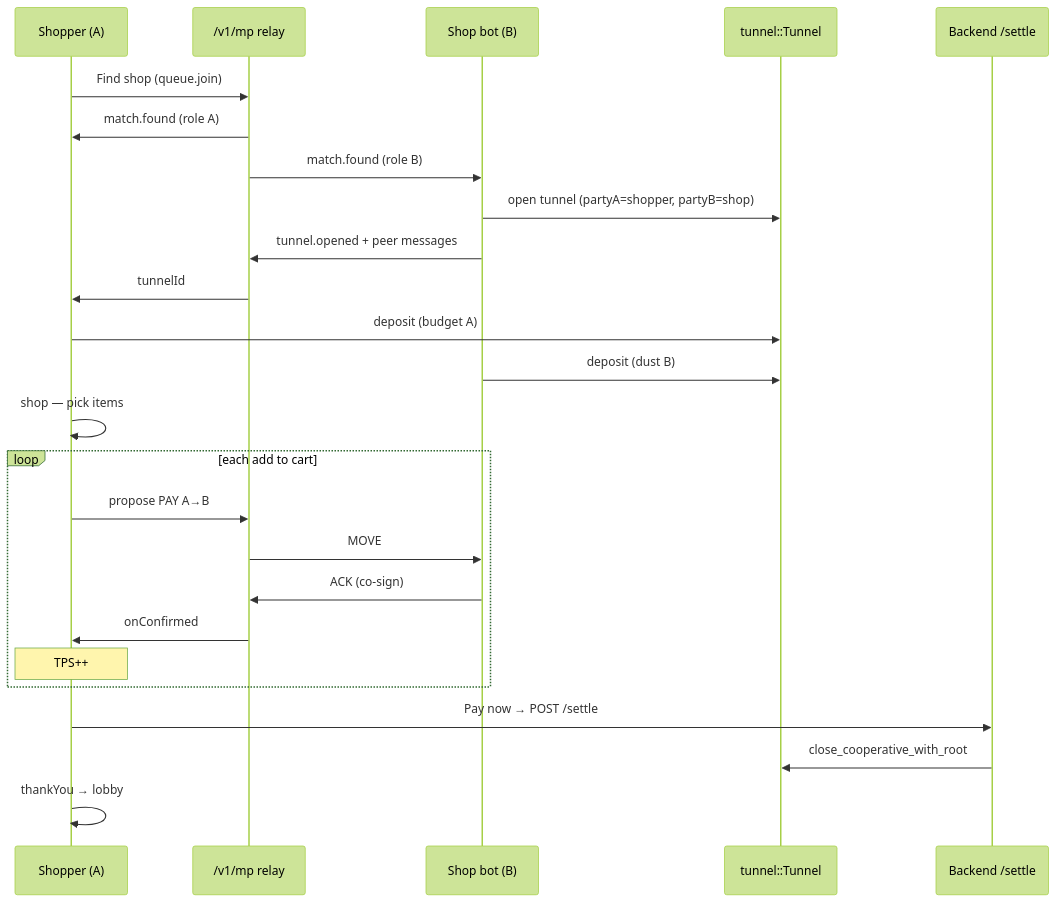
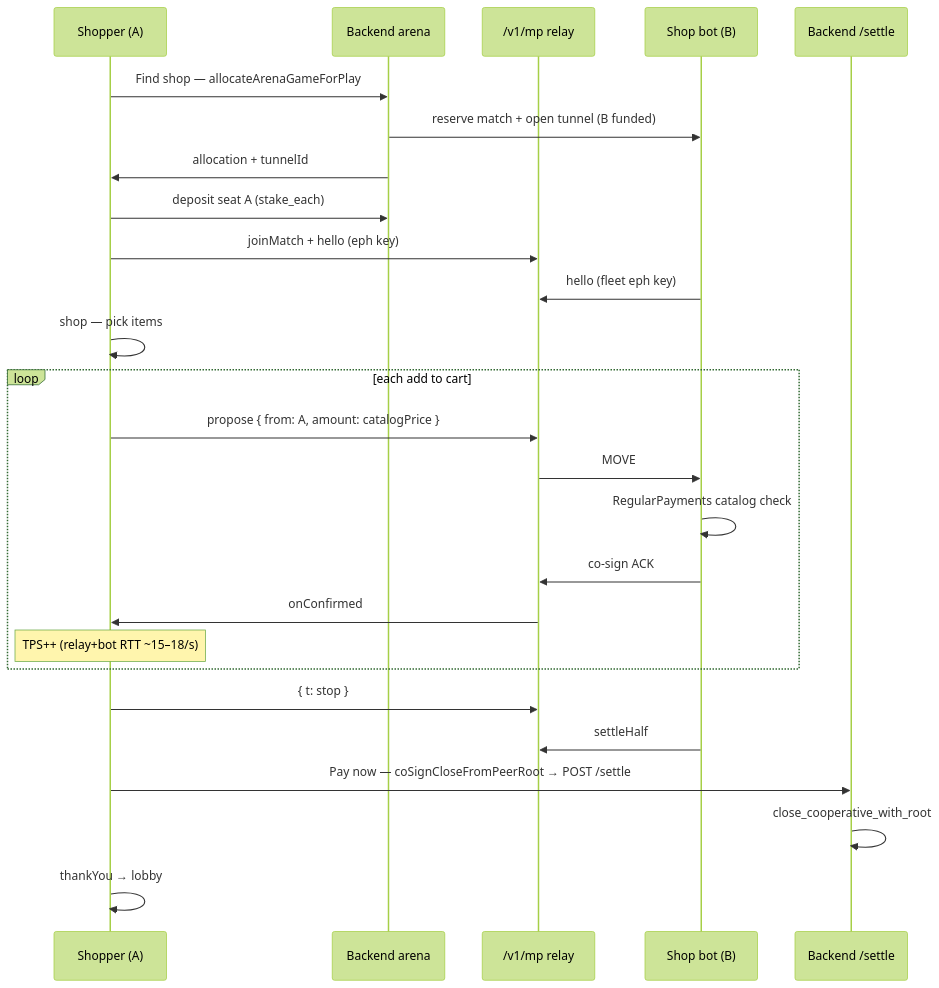
Before and after one commit to CommandOSSLabs/dopamint-arena: the first of 3 diagrams in frontend/src/games/regularPayments/docs/2026-06-27-regular-payments-design.md, drawn with Mermaid (forest theme). The commit also changed other lines of this file and 30 other files, not shown here.

Commit message:
feat(regular-payments): bot-server arena with auto burst

````diff
--- a/frontend/src/games/regularPayments/docs/2026-06-27-regular-payments-design.md
+++ b/frontend/src/games/regularPayments/docs/2026-06-27-regular-payments-design.md
@@ -204,28 +208,29 @@
 ```mermaid
 sequenceDiagram
     participant U as Shopper (A)
+    participant BE as Backend arena
     participant WS as /v1/mp relay
     participant Bot as Shop bot (B)
-    participant C as tunnel::Tunnel
     participant S as Backend /settle
 
-    U->>WS: Find shop (queue.join)
-    WS->>U: match.found (role A)
-    WS->>Bot: match.found (role B)
-    Bot->>C: open tunnel (partyA=shopper, partyB=shop)
-    Bot->>WS: tunnel.opened + peer messages
-    WS->>U: tunnelId
-    U->>C: deposit (budget A)
-    Bot->>C: deposit (dust B)
+    U->>BE: Find shop — allocateArenaGameForPlay
+    BE->>Bot: reserve match + open tunnel (B funded)
+    BE->>U: allocation + tunnelId
+    U->>BE: deposit seat A (stake_each)
+    U->>WS: joinMatch + hello (eph key)
+    Bot->>WS: hello (fleet eph key)
     U->>U: shop — pick items
     loop each add to cart
-        U->>WS: propose PAY A→B
+        U->>WS: propose { from: A, amount: catalogPrice }
         WS->>Bot: MOVE
-        Bot->>WS: ACK (co-sign)
+        Bot->>Bot: RegularPayments catalog check
+        Bot->>WS: co-sign ACK
         WS->>U: onConfirmed
-        Note over U: TPS++
+        Note over U: TPS++ (relay+bot RTT ~15–18/s)
     end
-    U->>S: Pay now → POST /settle
-    S->>C: close_cooperative_with_root
+    U->>WS: { t: stop }
+    Bot->>WS: settleHalf
+    U->>S: Pay now — coSignCloseFromPeerRoot → POST /settle
+    S->>S: close_cooperative_with_root
     U->>U: thankYou → lobby
 ```
````
